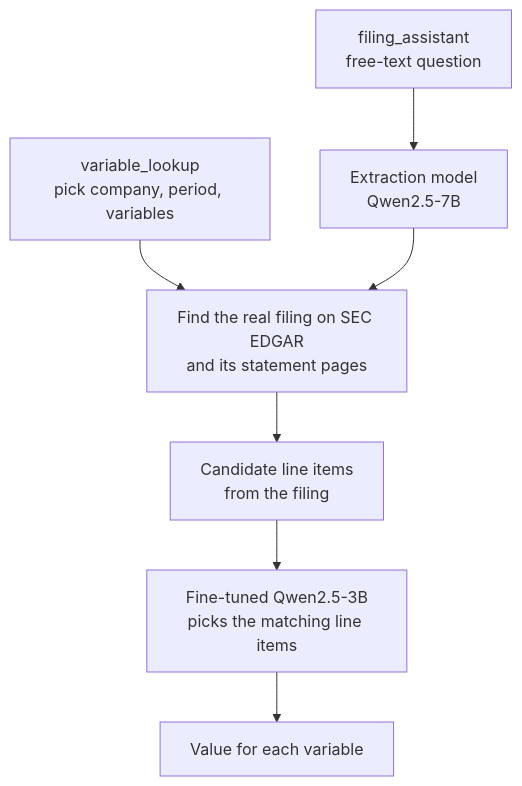
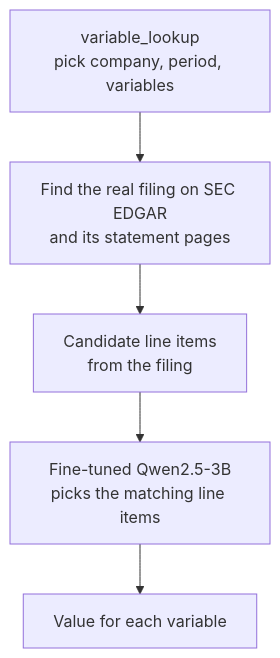
One commit to ofoski/Financial-Analysis changed the diagram in README.md. Above: the diagram before and after it, drawn with Mermaid. The commit also changed other lines of this file and 5 other files, not shown here.

Commit message:
Remove filing_assistant, the old chat app, and its README sections

````diff
--- a/README.md
+++ b/README.md
@@ -21,9 +21,7 @@
 ```mermaid
 flowchart TD
     A["variable_lookup<br/>pick company, period, variables"] --> D
-    B["filing_assistant<br/>free-text question"] --> C["Extraction model<br/>Qwen2.5-7B"]
-    C --> D
     D["Find the real filing on SEC EDGAR<br/>and its statement pages"] --> E["Candidate line items<br/>from the filing"]
     E --> F["Fine-tuned Qwen2.5-3B<br/>picks the matching line items"]
     F --> G["Value for each variable"]
 ```
````
